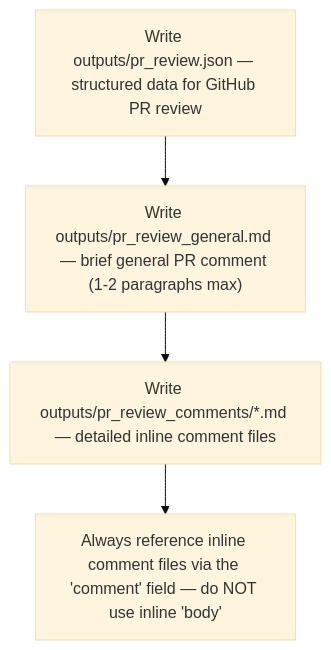
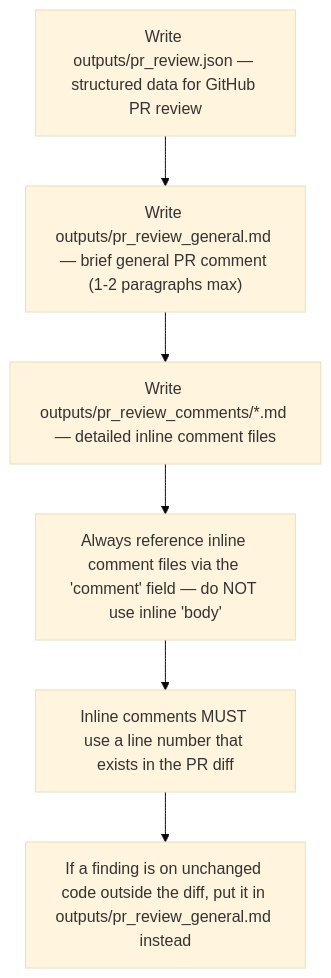
The diagram in instructions/pr_review/output_rules.md (IstiN/dmtools-agents), drawn with Mermaid (base theme) before and after one commit. The commit also changed 5 other files, not shown here.

````diff
--- a/instructions/pr_review/output_rules.md
+++ b/instructions/pr_review/output_rules.md
@@ -1,8 +1,10 @@
 ```mermaid
 flowchart TD
     O1["Write outputs/pr_review.json — structured data for GitHub PR review"]
     O2["Write outputs/pr_review_general.md — brief general PR comment (1-2 paragraphs max)"]
     O3["Write outputs/pr_review_comments/*.md — detailed inline comment files"]
     O4["Always reference inline comment files via the 'comment' field — do NOT use inline 'body'"]
-    O1 --> O2 --> O3 --> O4
+    O5["Inline comments MUST use a line number that exists in the PR diff"]
+    O6["If a finding is on unchanged code outside the diff, put it in outputs/pr_review_general.md instead"]
+    O1 --> O2 --> O3 --> O4 --> O5 --> O6
 ```
````
